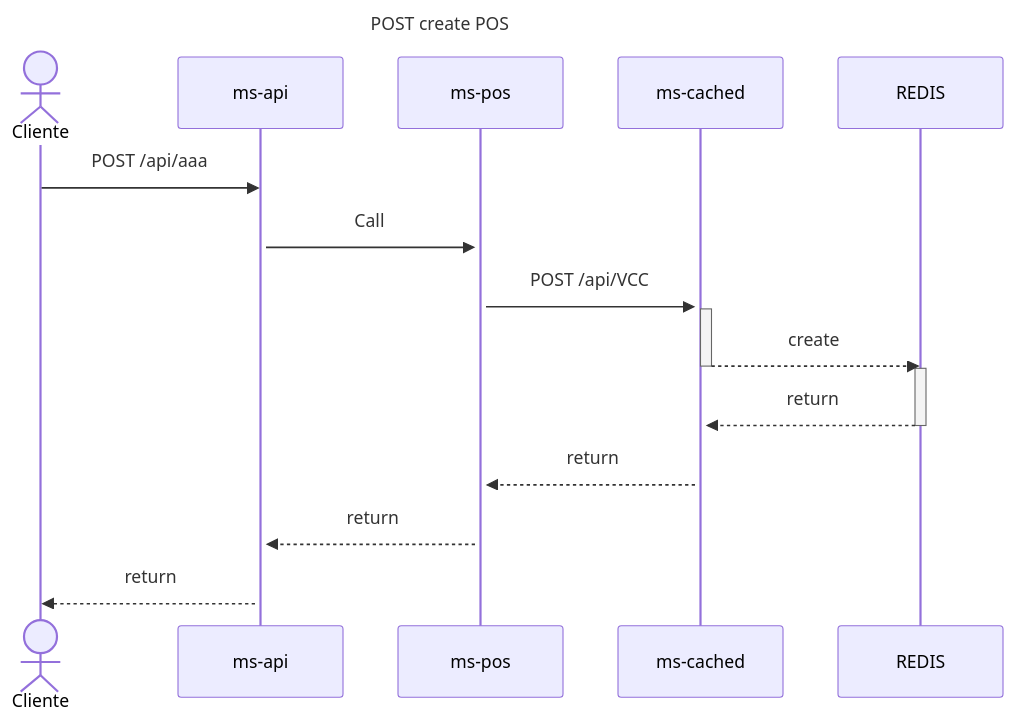
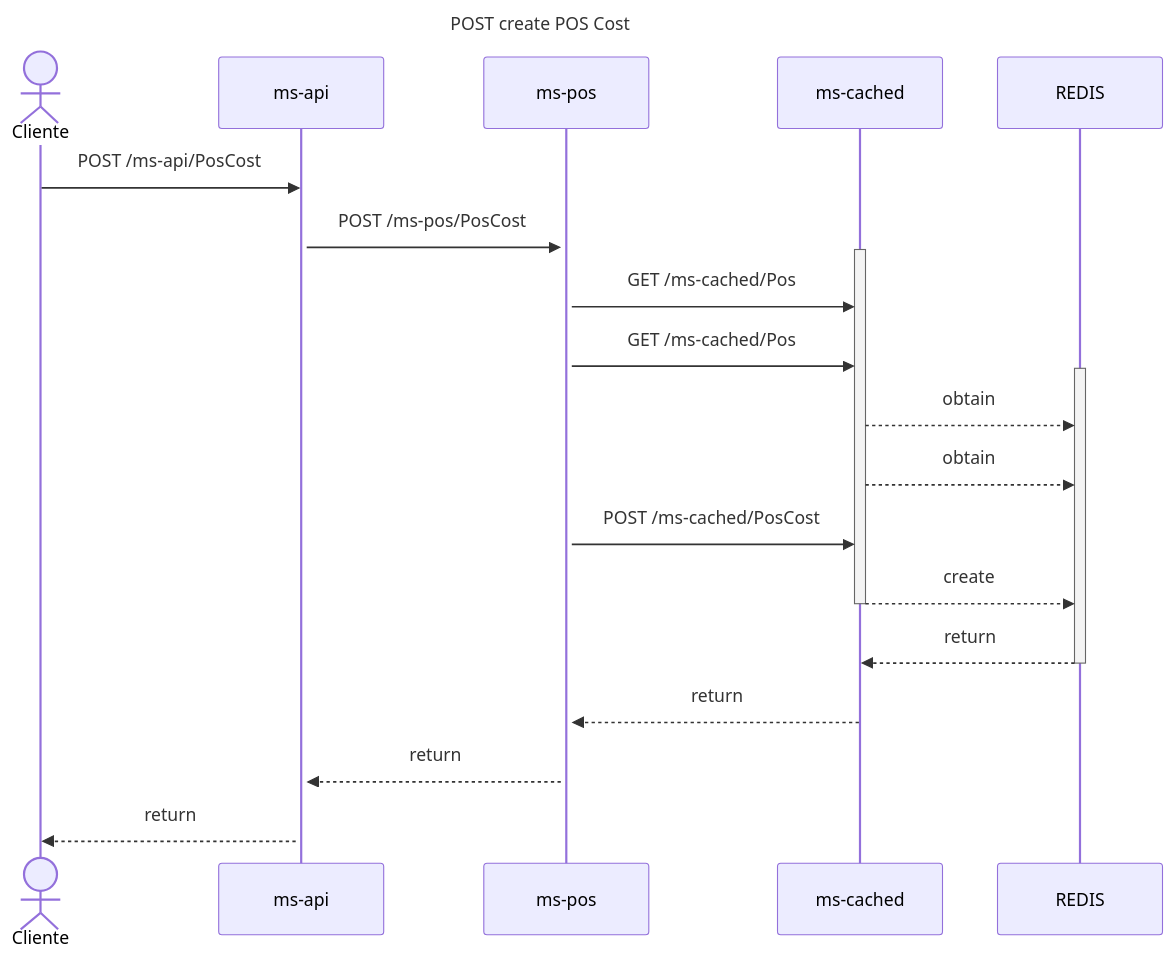
One commit to sailenicolas/JavaChallenge changed the fifth of 8 diagrams in README.md. Above: the diagram before and after it, drawn with Mermaid. The commit also changed other lines of this file, not shown here.

````diff
--- a/README.md
+++ b/README.md
@@ -233,24 +233,27 @@
 ```mermaid
 sequenceDiagram
-title POST create POS
+title POST create POS Cost
     actor Cliente
     participant api as ms-api
     participant pos as ms-pos
     participant cached as ms-cached
     participant datos as REDIS
-    Cliente->>api: POST /api/aaa
+    Cliente->>api: POST /ms-api/PosCost
     activate api
     activate pos
-    api->>pos: Call
+    api->>pos: POST /ms-pos/PosCost
     activate cached
-    pos->>cached: POST /api/VCC
-    activate cached
+    pos->>cached: GET /ms-cached/Pos
+    pos->>cached: GET /ms-cached/Pos
+    activate datos
+    cached -->> datos: obtain
+    cached -->> datos: obtain
+    pos->>cached: POST /ms-cached/PosCost
     cached -->> datos: create
     deactivate cached
-    activate datos
     datos -->> cached: return
     deactivate datos
     cached -->> pos: return
     pos -->> api: return
     api -->> Cliente: return
 ```
````
